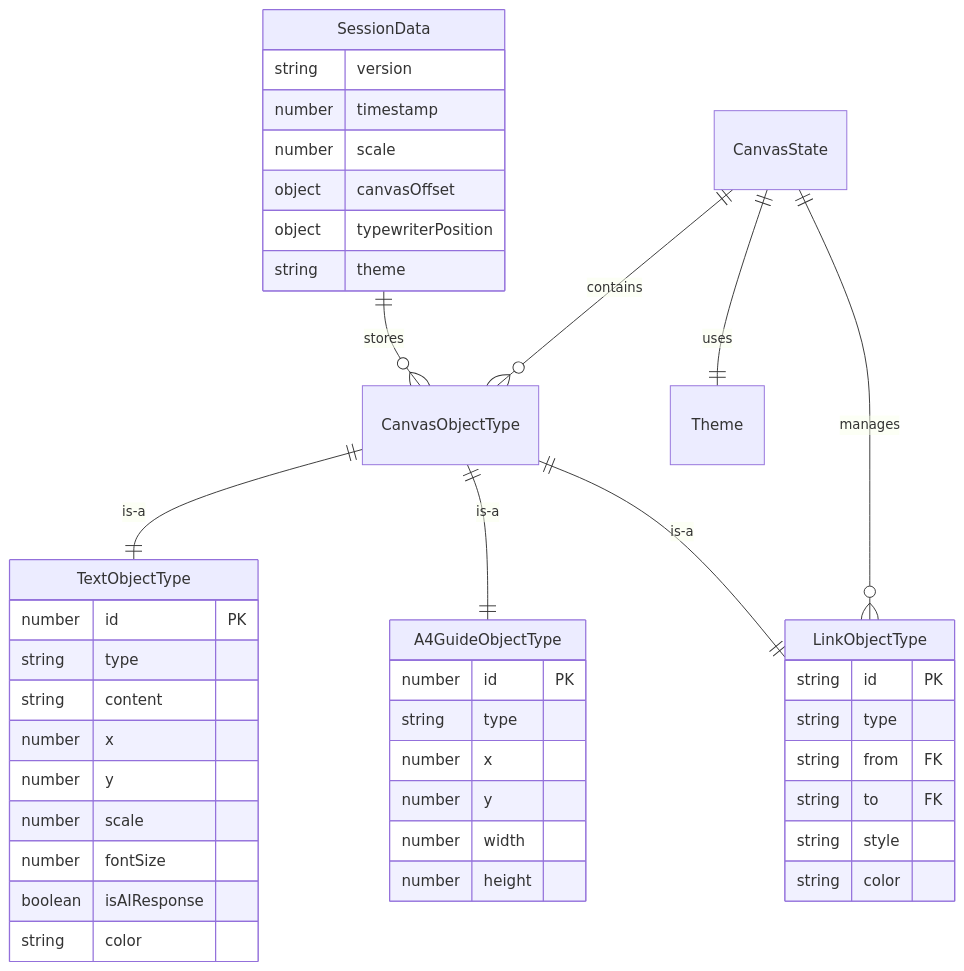
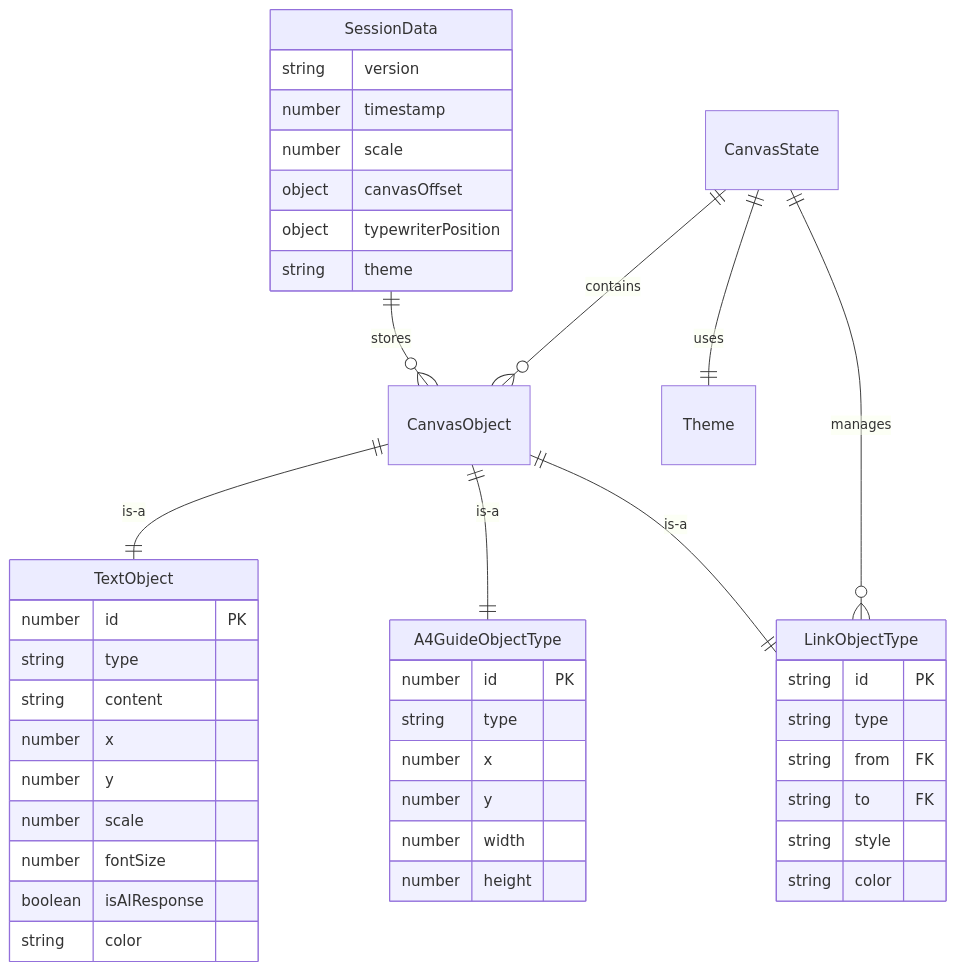
One commit to notnottype/nntype changed the third of 7 diagrams in docs/technical/data-architecture-analysis.md. Above: the diagram before and after it, drawn with Mermaid. The commit also changed other lines of this file and 15 other files, not shown here.

First line of the commit message:
refactor: update type definitions and enhance state management in canvas components

````diff
--- a/docs/technical/data-architecture-analysis.md
+++ b/docs/technical/data-architecture-analysis.md
@@ -354,50 +354,50 @@
 ```mermaid
 erDiagram
-    CanvasState ||--o{ CanvasObjectType : contains
+    CanvasState ||--o{ CanvasObject : contains
     CanvasState ||--|| Theme : uses
     CanvasState ||--o{ LinkObjectType : manages
     
-    CanvasObjectType ||--|| TextObjectType : "is-a"
-    CanvasObjectType ||--|| A4GuideObjectType : "is-a" 
-    CanvasObjectType ||--|| LinkObjectType : "is-a"
+    CanvasObject ||--|| TextObject : "is-a"
+    CanvasObject ||--|| A4GuideObjectType : "is-a" 
+    CanvasObject ||--|| LinkObjectType : "is-a"
     
-    TextObjectType {
+    TextObject {
         number id PK
         string type
         string content
         number x
         number y
         number scale
         number fontSize
         boolean isAIResponse
         string color
     }
     
     A4GuideObjectType {
         number id PK
         string type
         number x
         number y
         number width
         number height
     }
     
     LinkObjectType {
         string id PK
         string type
         string from FK
         string to FK
         string style
         string color
     }
     
-    SessionData ||--o{ CanvasObjectType : stores
+    SessionData ||--o{ CanvasObject : stores
     SessionData {
         string version
         number timestamp
         number scale
         object canvasOffset
         object typewriterPosition
         string theme
     }
 ```
````
